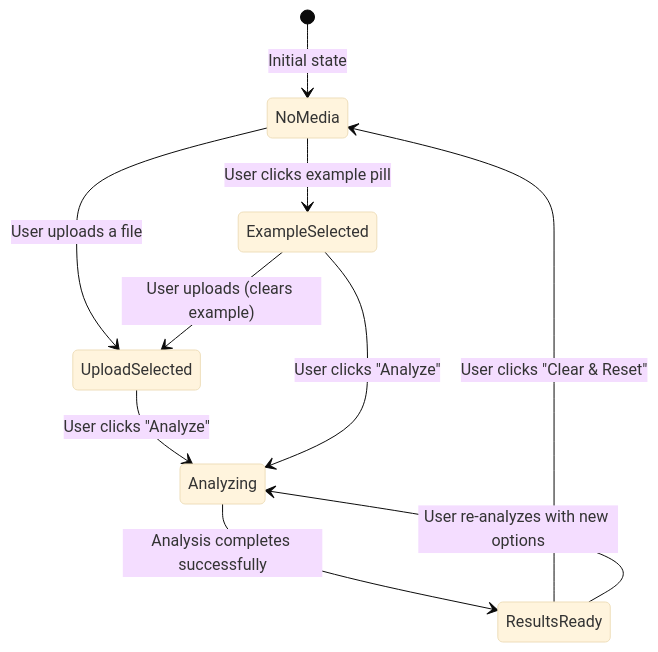
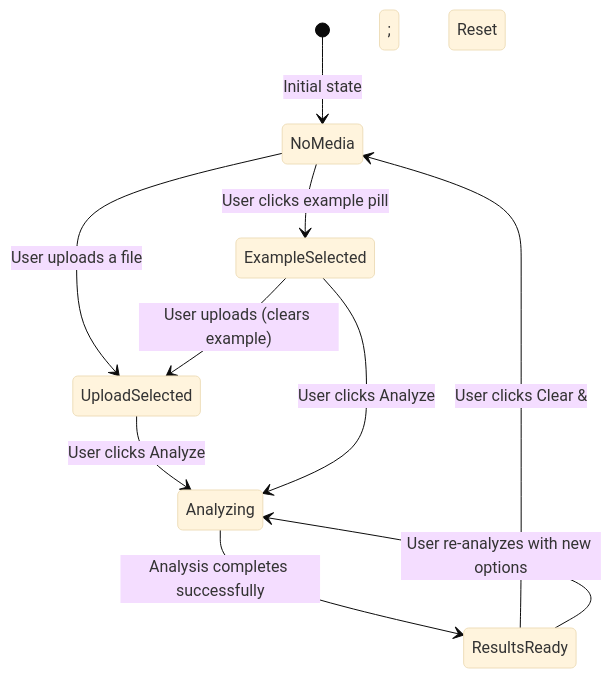
One commit to AB-at-UCR/ACE.verify changed the second of 2 diagrams in docs/UI-and-Frontend-Components.md. Above: the diagram before and after it, drawn with Mermaid (base theme). The commit also changed 2 other files, not shown here.

Commit message:
Fix for mermaid syntax error

````diff
--- a/docs/UI-and-Frontend-Components.md
+++ b/docs/UI-and-Frontend-Components.md
@@ -117,12 +117,12 @@
 ```mermaid
 stateDiagram-v2
     [*] --> NoMedia: Initial state
     NoMedia --> ExampleSelected: User clicks example pill
     NoMedia --> UploadSelected: User uploads a file
     ExampleSelected --> UploadSelected: User uploads (clears example)
-    UploadSelected --> Analyzing: User clicks "Analyze"
-    ExampleSelected --> Analyzing: User clicks "Analyze"
+    UploadSelected --> Analyzing: User clicks Analyze
+    ExampleSelected --> Analyzing: User clicks Analyze
     Analyzing --> ResultsReady: Analysis completes successfully
-    ResultsReady --> NoMedia: User clicks "Clear & Reset"
+    ResultsReady --> NoMedia: User clicks Clear &amp; Reset
     ResultsReady --> Analyzing: User re-analyzes with new options
 ```
````
